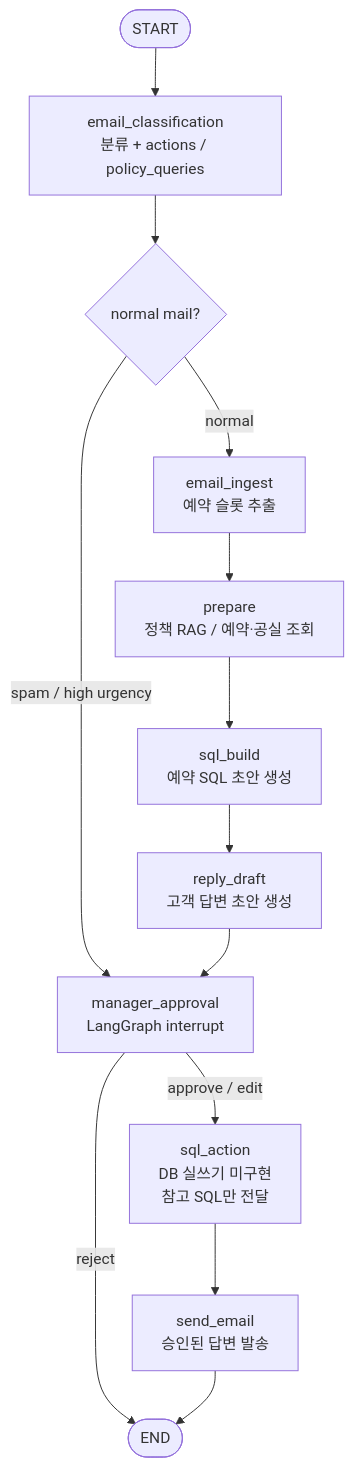
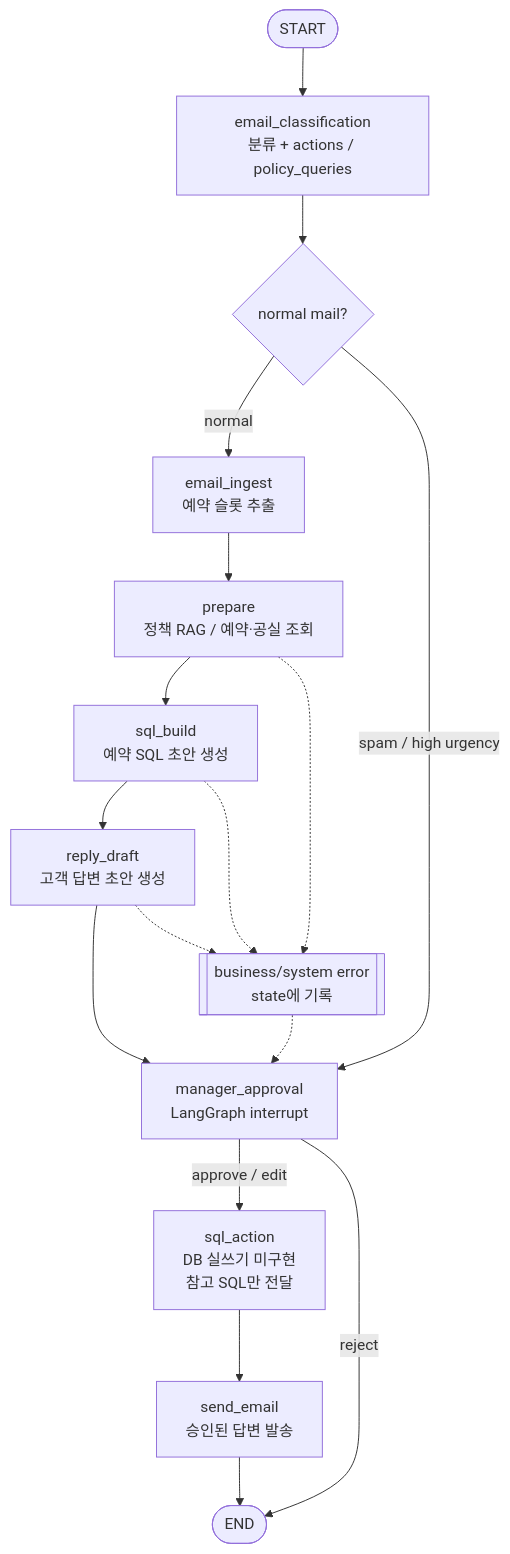
The diagram in README.md (jb2002a/hotel_AI), drawn with Mermaid before and after one commit.

Commit message:
feat : 다이어그램 추가

````diff
--- a/README.md
+++ b/README.md
@@ -49,15 +49,20 @@
 ```mermaid
 flowchart TD
     START([START]) --> CLASSIFY[email_classification<br/>분류 + actions / policy_queries]
     CLASSIFY --> INGEST{normal mail?}
     INGEST -->|normal| EXTRACT[email_ingest<br/>예약 슬롯 추출]
     INGEST -->|spam / high urgency| APPROVAL[manager_approval<br/>LangGraph interrupt]
     EXTRACT --> PREPARE[prepare<br/>정책 RAG / 예약·공실 조회]
     PREPARE --> SQL[sql_build<br/>예약 SQL 초안 생성]
     SQL --> DRAFT[reply_draft<br/>고객 답변 초안 생성]
     DRAFT --> APPROVAL
+    ERROR[[business/system error<br/>state에 기록]]
+    PREPARE -.-> ERROR
+    SQL -.-> ERROR
+    DRAFT -.-> ERROR
+    ERROR -.-> APPROVAL
     APPROVAL -->|approve / edit| ACTION[sql_action<br/>DB 실쓰기 미구현<br/>참고 SQL만 전달]
     ACTION --> SEND[send_email<br/>승인된 답변 발송]
     APPROVAL -->|reject| END([END])
     SEND --> END
 ```
````
